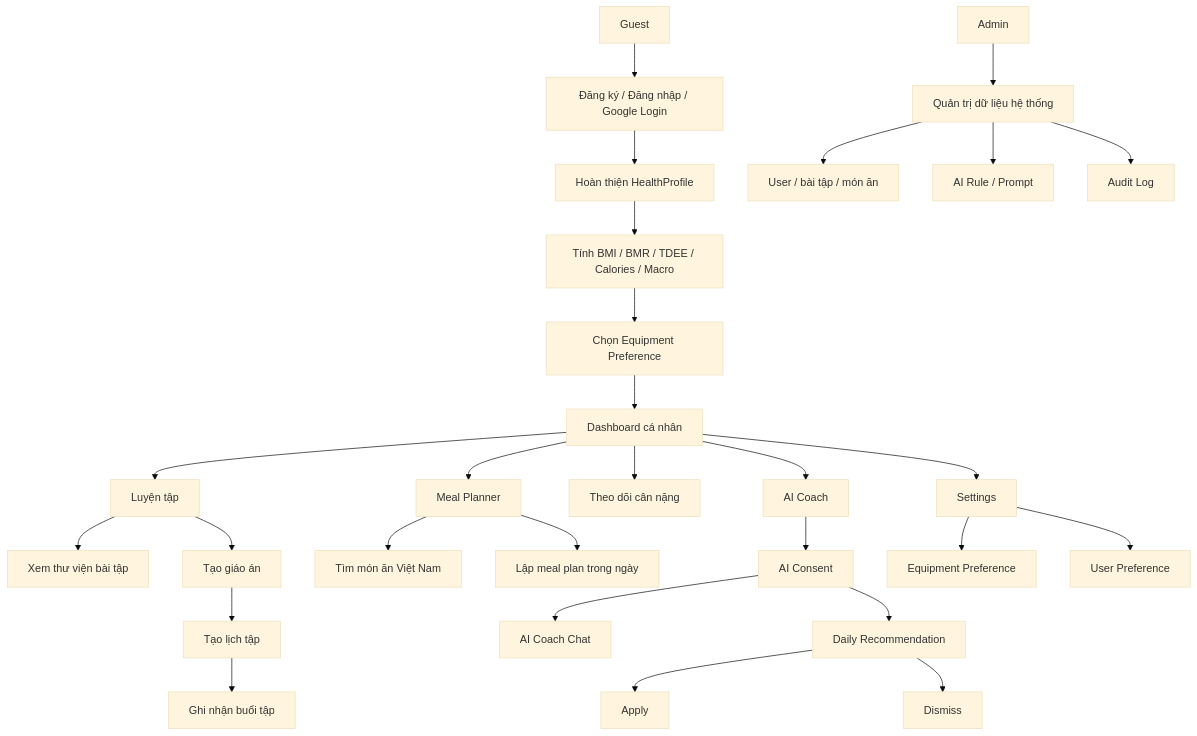
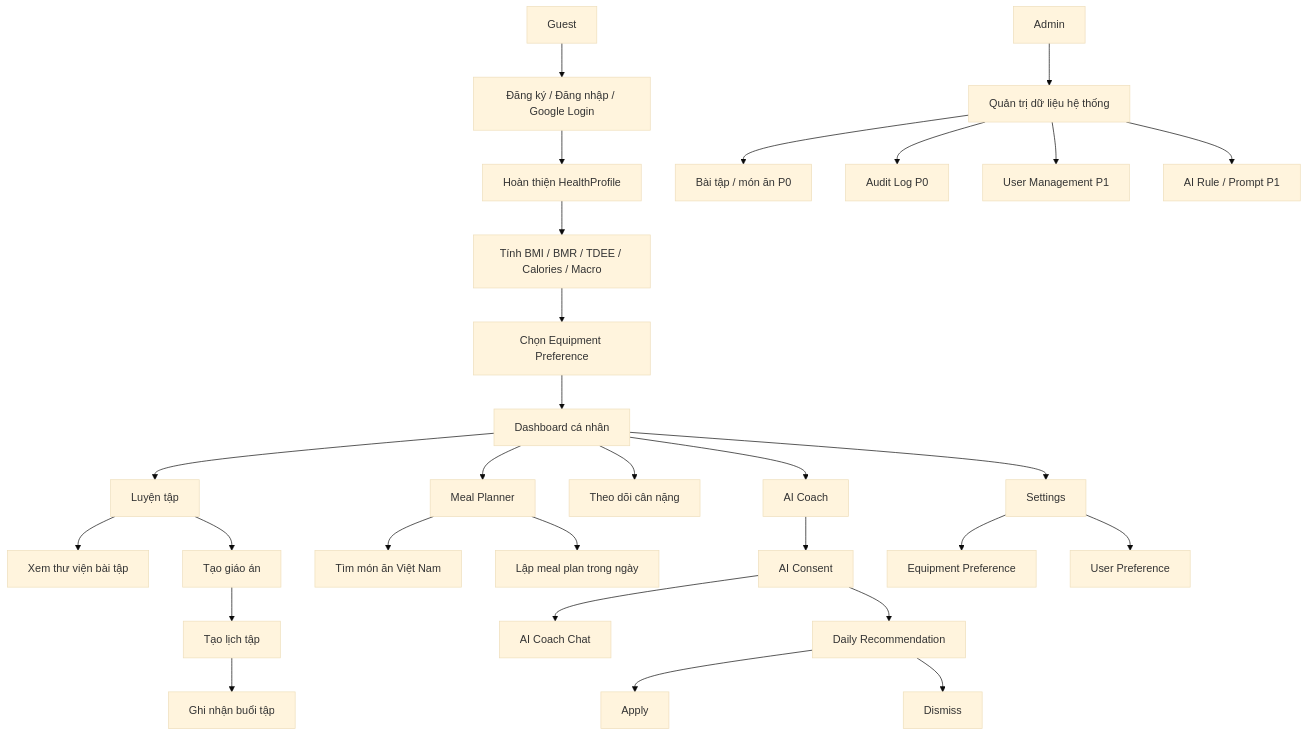
Before and after one commit to tgiahuy/VieGym: the first of 21 diagrams in docs/spec/bussiness_mainflow.md, drawn with Mermaid (base theme). The commit also changed other lines of this file and 25 other files, not shown here.

````diff
--- a/docs/spec/bussiness_mainflow.md
+++ b/docs/spec/bussiness_mainflow.md
@@ -52,36 +52,37 @@
 ```mermaid
 flowchart TD
     Guest[Guest] --> Auth[Đăng ký / Đăng nhập / Google Login]
     Auth --> Health[Hoàn thiện HealthProfile]
     Health --> Metrics[Tính BMI / BMR / TDEE / Calories / Macro]
     Metrics --> Equipment[Chọn Equipment Preference]
     Equipment --> Dashboard[Dashboard cá nhân]
 
     Dashboard --> Workout[Luyện tập]
     Dashboard --> Nutrition[Meal Planner]
     Dashboard --> Body[Theo dõi cân nặng]
     Dashboard --> AI[AI Coach]
     Dashboard --> Settings[Settings]
 
     Workout --> Exercise[Xem thư viện bài tập]
     Workout --> Program[Tạo giáo án]
     Program --> Schedule[Tạo lịch tập]
     Schedule --> Log[Ghi nhận buổi tập]
 
     Nutrition --> Food[Tìm món ăn Việt Nam]
     Nutrition --> MealPlan[Lập meal plan trong ngày]
 
     AI --> Consent[AI Consent]
     Consent --> Coach[AI Coach Chat]
     Consent --> Recommendation[Daily Recommendation]
     Recommendation --> Apply[Apply]
     Recommendation --> Dismiss[Dismiss]
 
     Settings --> EquipmentSettings[Equipment Preference]
     Settings --> Preference[User Preference]
 
     Admin[Admin] --> AdminPanel[Quản trị dữ liệu hệ thống]
-    AdminPanel --> AdminData[User / bài tập / món ăn]
-    AdminPanel --> AdminAI[AI Rule / Prompt]
-    AdminPanel --> Audit[Audit Log]
+    AdminPanel --> AdminData[Bài tập / món ăn P0]
+    AdminPanel --> Audit[Audit Log P0]
+    AdminPanel --> AdminUser[User Management P1]
+    AdminPanel --> AdminAI[AI Rule / Prompt P1]
 ```
````
